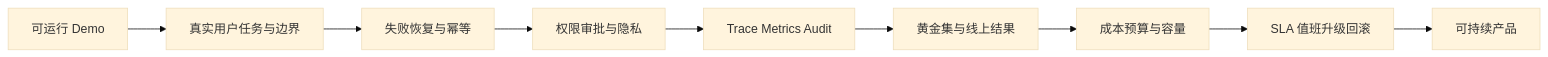
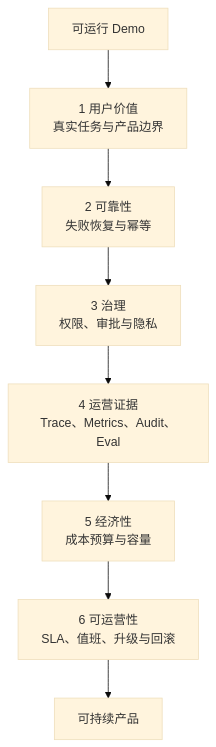
One commit to wujinjun/ai-agent-book changed the second of 7 diagrams in docs/part-07-advanced/ch37-demo-to-product.md. Above: the diagram before and after it, drawn with Mermaid (base theme). The commit also changed other lines of this file and 536 other files, not shown here.

````diff
--- a/docs/part-07-advanced/ch37-demo-to-product.md
+++ b/docs/part-07-advanced/ch37-demo-to-product.md
@@ -42,14 +47,13 @@
 ```mermaid
 %% id: agent-product-readiness-gates
 %% title: Agent 从 Demo 到产品的就绪门禁
 %% alt: Demo 依次证明用户价值可靠性权限安全可观测评估成本 SLA 运维和回滚后才具备产品发布条件
-flowchart LR
-    Demo[可运行 Demo] --> Value[真实用户任务与边界]
-    Value --> Reliability[失败恢复与幂等]
-    Reliability --> Security[权限审批与隐私]
-    Security --> Observe[Trace Metrics Audit]
-    Observe --> Eval[黄金集与线上结果]
-    Eval --> Economics[成本预算与容量]
-    Economics --> Operations[SLA 值班升级回滚]
-    Operations --> Product[可持续产品]
+flowchart TB
+    Demo["可运行 Demo"] --> Value["1 用户价值<br/>真实任务与产品边界"]
+    Value --> Reliability["2 可靠性<br/>失败恢复与幂等"]
+    Reliability --> Security["3 治理<br/>权限、审批与隐私"]
+    Security --> Evidence["4 运营证据<br/>Trace、Metrics、Audit、Eval"]
+    Evidence --> Economics["5 经济性<br/>成本预算与容量"]
+    Economics --> Operations["6 可运营性<br/>SLA、值班、升级与回滚"]
+    Operations --> Product["可持续产品"]
 ```
````
